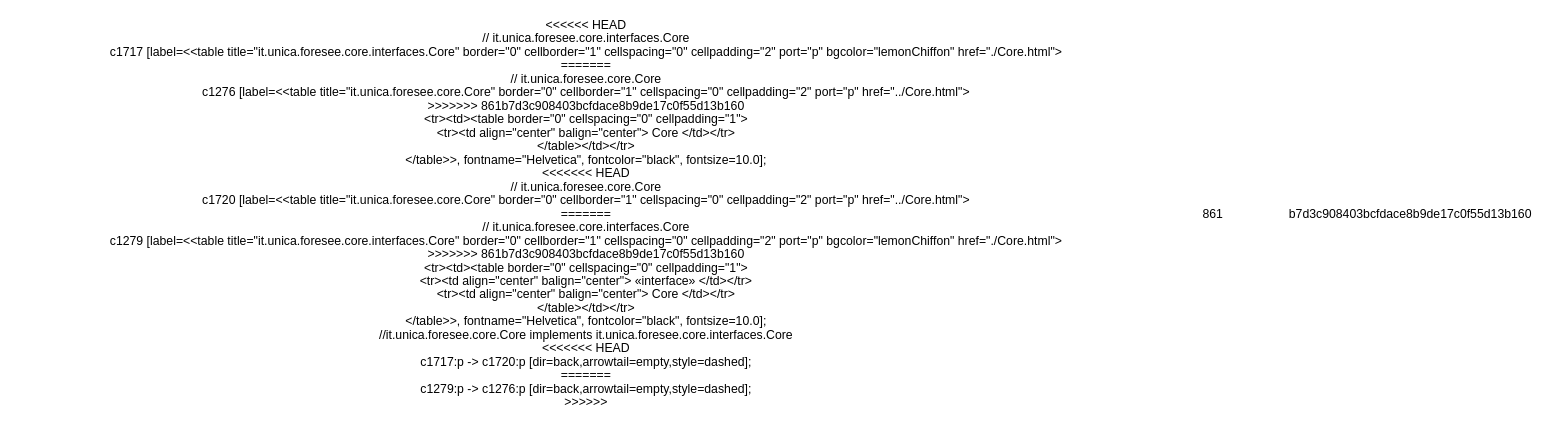
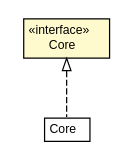
The diagram in docs/it/unica/foresee/core/interfaces/Core.dot (UnicaLabs-CS/Foresee), drawn with Graphviz before and after one commit. The commit also changed 243 other files, not shown here.

```diff
--- a/docs/it/unica/foresee/core/interfaces/Core.dot
+++ b/docs/it/unica/foresee/core/interfaces/Core.dot
@@ -1,41 +1,27 @@
 #!/usr/local/bin/dot
 #
 # Class diagram 
 # Generated by UMLGraph version 5.2 (http://www.umlgraph.org/)
 #
 
 digraph G {
 	edge [fontname="Helvetica",fontsize=10,labelfontname="Helvetica",labelfontsize=10];
 	node [fontname="Helvetica",fontsize=10,shape=plaintext];
 	nodesep=0.25;
 	ranksep=0.5;
-<<<<<<< HEAD
 	// it.unica.foresee.core.interfaces.Core
-	c1717 [label=<<table title="it.unica.foresee.core.interfaces.Core" border="0" cellborder="1" cellspacing="0" cellpadding="2" port="p" bgcolor="lemonChiffon" href="./Core.html">
-=======
-	// it.unica.foresee.core.Core
-	c1276 [label=<<table title="it.unica.foresee.core.Core" border="0" cellborder="1" cellspacing="0" cellpadding="2" port="p" href="../Core.html">
->>>>>>> 861b7d3c908403bcfdace8b9de17c0f55d13b160
-		<tr><td><table border="0" cellspacing="0" cellpadding="1">
-<tr><td align="center" balign="center"> Core </td></tr>
-		</table></td></tr>
-		</table>>, fontname="Helvetica", fontcolor="black", fontsize=10.0];
-<<<<<<< HEAD
-	// it.unica.foresee.core.Core
-	c1720 [label=<<table title="it.unica.foresee.core.Core" border="0" cellborder="1" cellspacing="0" cellpadding="2" port="p" href="../Core.html">
-=======
-	// it.unica.foresee.core.interfaces.Core
-	c1279 [label=<<table title="it.unica.foresee.core.interfaces.Core" border="0" cellborder="1" cellspacing="0" cellpadding="2" port="p" bgcolor="lemonChiffon" href="./Core.html">
->>>>>>> 861b7d3c908403bcfdace8b9de17c0f55d13b160
+	c2014 [label=<<table title="it.unica.foresee.core.interfaces.Core" border="0" cellborder="1" cellspacing="0" cellpadding="2" port="p" bgcolor="lemonChiffon" href="./Core.html">
 		<tr><td><table border="0" cellspacing="0" cellpadding="1">
 <tr><td align="center" balign="center"> &#171;interface&#187; </td></tr>
 <tr><td align="center" balign="center"> Core </td></tr>
 		</table></td></tr>
 		</table>>, fontname="Helvetica", fontcolor="black", fontsize=10.0];
+	// it.unica.foresee.core.Core
+	c2017 [label=<<table title="it.unica.foresee.core.Core" border="0" cellborder="1" cellspacing="0" cellpadding="2" port="p" href="../Core.html">
+		<tr><td><table border="0" cellspacing="0" cellpadding="1">
+<tr><td align="center" balign="center"> Core </td></tr>
+		</table></td></tr>
+		</table>>, fontname="Helvetica", fontcolor="black", fontsize=10.0];
 	//it.unica.foresee.core.Core implements it.unica.foresee.core.interfaces.Core
-<<<<<<< HEAD
-	c1717:p -> c1720:p [dir=back,arrowtail=empty,style=dashed];
-=======
-	c1279:p -> c1276:p [dir=back,arrowtail=empty,style=dashed];
->>>>>>> 861b7d3c908403bcfdace8b9de17c0f55d13b160
+	c2014:p -> c2017:p [dir=back,arrowtail=empty,style=dashed];
 }
```
